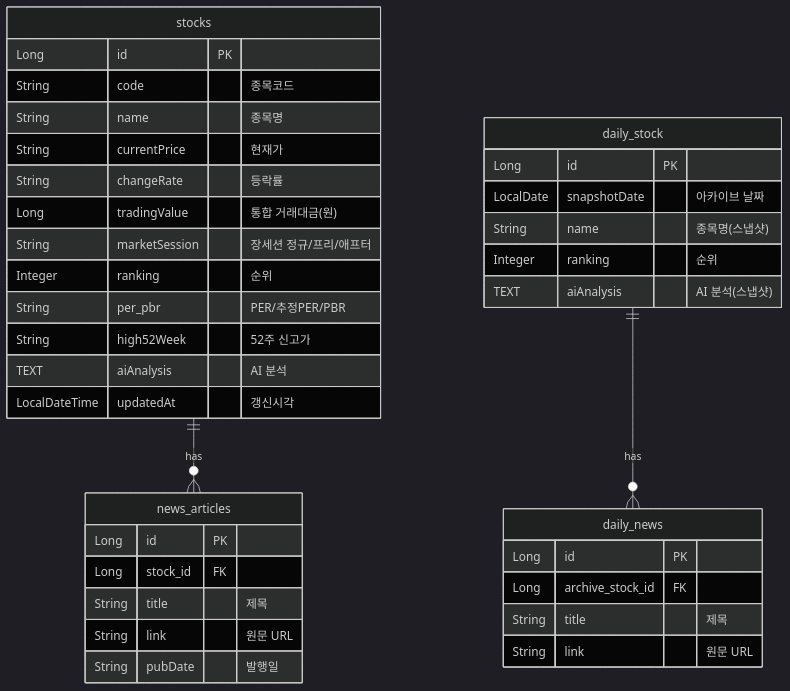
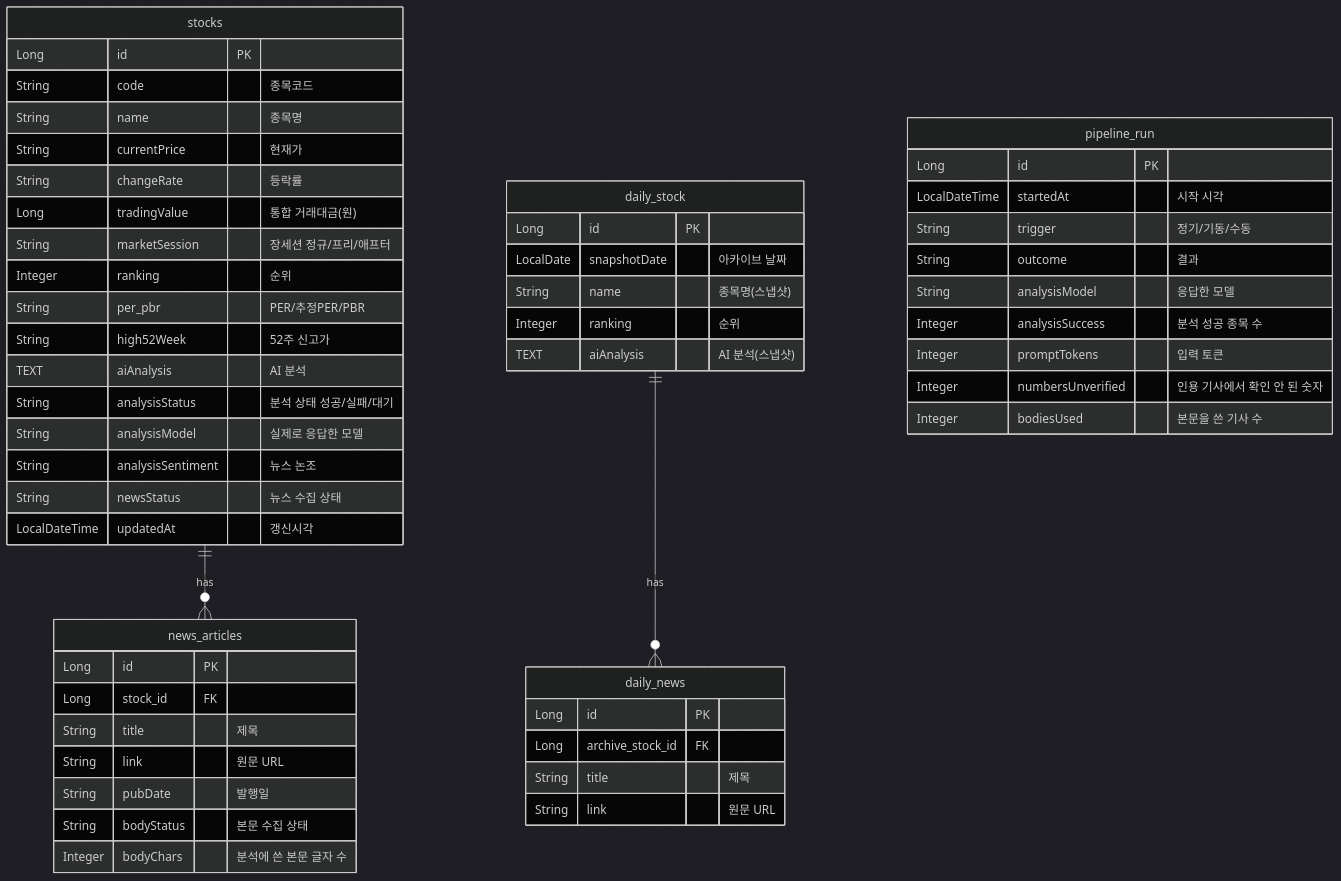
The third of 3 diagrams in README.md (zizonpubao/AI_stock_news), drawn with Mermaid (dark theme) before and after one commit. The commit also changed other lines of this file and 2 other files, not shown here.

````diff
--- a/README.md
+++ b/README.md
@@ -218,40 +240,57 @@
 ```mermaid
 erDiagram
     stocks ||--o{ news_articles : "has"
     daily_stock ||--o{ daily_news : "has"
 
     stocks {
         Long id PK
         String code "종목코드"
         String name "종목명"
         String currentPrice "현재가"
         String changeRate "등락률"
         Long tradingValue "통합 거래대금(원)"
         String marketSession "장세션 정규/프리/애프터"
         Integer ranking "순위"
         String per_pbr "PER/추정PER/PBR"
         String high52Week "52주 신고가"
         TEXT aiAnalysis "AI 분석"
+        String analysisStatus "분석 상태 성공/실패/대기"
+        String analysisModel "실제로 응답한 모델"
+        String analysisSentiment "뉴스 논조"
+        String newsStatus "뉴스 수집 상태"
         LocalDateTime updatedAt "갱신시각"
     }
     news_articles {
         Long id PK
         Long stock_id FK
         String title "제목"
         String link "원문 URL"
         String pubDate "발행일"
+        String bodyStatus "본문 수집 상태"
+        Integer bodyChars "분석에 쓴 본문 글자 수"
+    }
+    pipeline_run {
+        Long id PK
+        LocalDateTime startedAt "시작 시각"
+        String trigger "정기/기동/수동"
+        String outcome "결과"
+        String analysisModel "응답한 모델"
+        Integer analysisSuccess "분석 성공 종목 수"
+        Integer promptTokens "입력 토큰"
+        Integer numbersUnverified "인용 기사에서 확인 안 된 숫자"
+        Integer bodiesUsed "본문을 쓴 기사 수"
     }
     daily_stock {
         Long id PK
         LocalDate snapshotDate "아카이브 날짜"
         String name "종목명(스냅샷)"
         Integer ranking "순위"
         TEXT aiAnalysis "AI 분석(스냅샷)"
     }
     daily_news {
         Long id PK
         Long archive_stock_id FK
         String title "제목"
         String link "원문 URL"
     }
 ```
````
